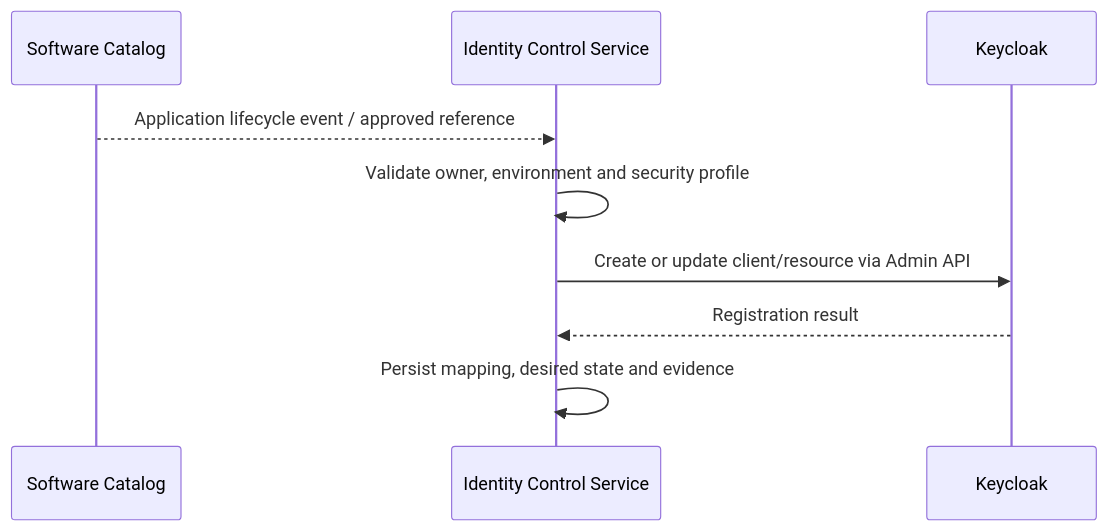
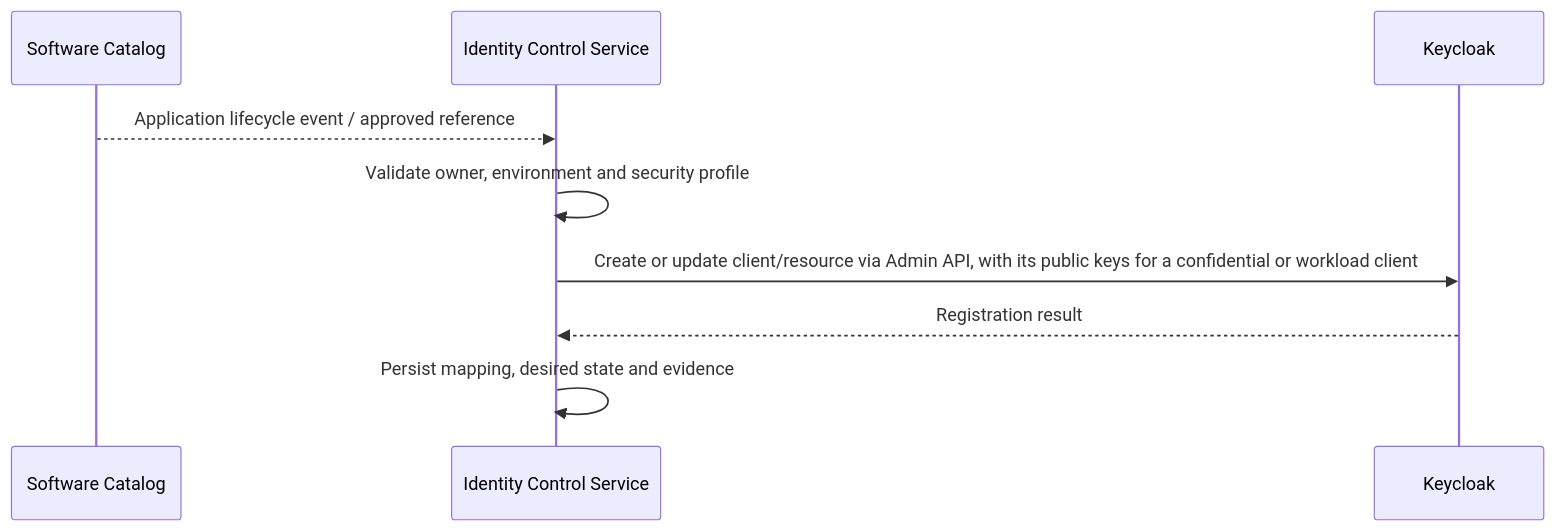
Before and after one commit to anshacerbia2/scnehaux-architecture: the fourth of 11 diagrams in 04-system/scnehaux-iam/scnehaux-identity-runtime.sad.md, drawn with Mermaid. The commit also changed other lines of this file and 5 other files, not shown here.

````diff
--- a/04-system/scnehaux-iam/scnehaux-identity-runtime.sad.md
+++ b/04-system/scnehaux-iam/scnehaux-identity-runtime.sad.md
@@ -277,12 +278,12 @@
 ```mermaid
 sequenceDiagram
     participant C as Software Catalog
     participant S as Identity Control Service
     participant K as Keycloak
 
     C-->>S: Application lifecycle event / approved reference
     S->>S: Validate owner, environment and security profile
-    S->>K: Create or update client/resource via Admin API
+    S->>K: Create or update client/resource via Admin API, with its public keys for a confidential or workload client
     K-->>S: Registration result
     S->>S: Persist mapping, desired state and evidence
 ```
````
